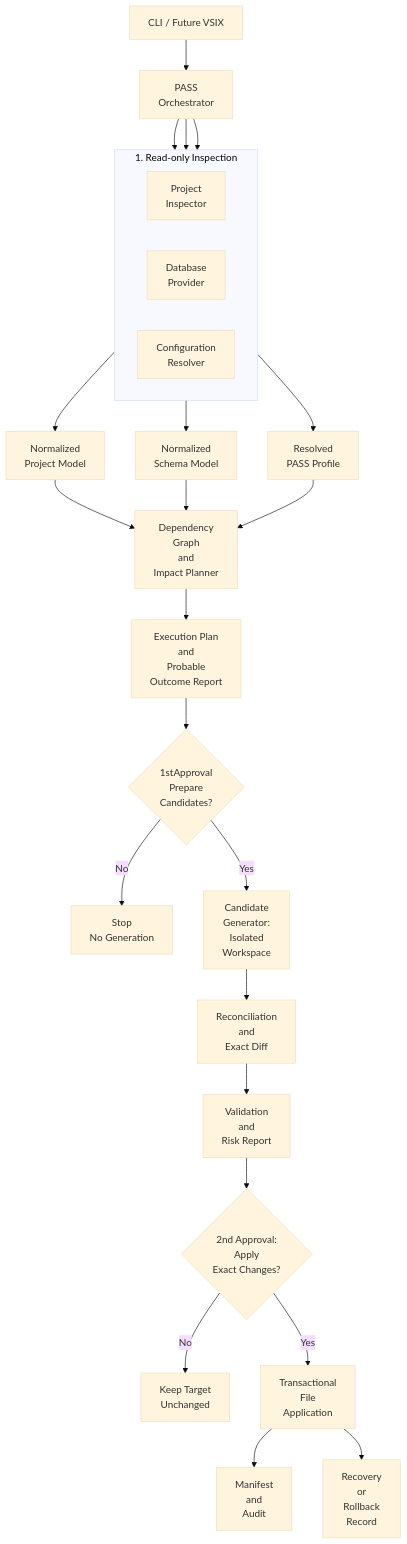
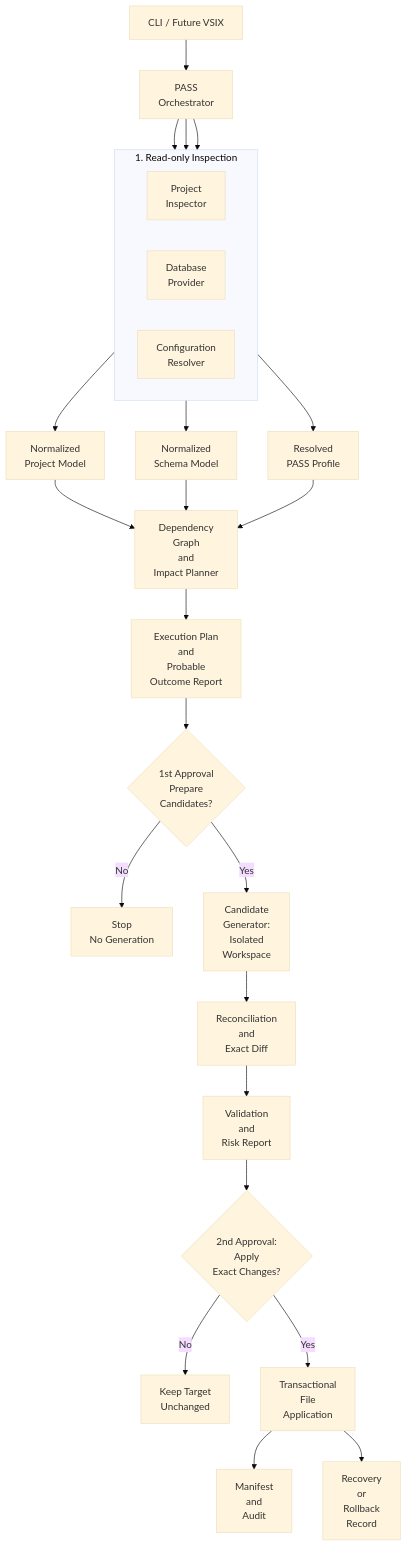
One commit to RashedulHaqueRonjon/PASS-Framework changed the diagram in docs/architecture/SystemArchitecture.md. Above: the diagram before and after it, drawn with Mermaid (base theme). The commit also changed other lines of this file, not shown here.

Commit message:
Enhance System Architecture documentation with glossary reference
Expanded the status section to include a reference to the PASS Glossary and Technical Terminology for better understanding of architectural concepts.

````diff
--- a/docs/architecture/SystemArchitecture.md
+++ b/docs/architecture/SystemArchitecture.md
@@ -26,60 +27,58 @@
 ```mermaid
-
 flowchart TD
     A["CLI / Future VSIX"]
     B["PASS<br/>Orchestrator"]
 
     subgraph INSPECTION["1. Read-only Inspection"]
         direction LR
         C["Project<br/>Inspector"]
         D["Database<br/>Provider"]
         E["Configuration<br/>Resolver"]
     end
 
     F["Normalized<br/>Project Model"]
     G["Normalized<br/>Schema Model"]
     H["Resolved<br/>PASS Profile"]
     I["Dependency<br/>Graph<br/>and<br/>Impact Planner"]
     J["Execution Plan<br/>and<br/>Probable<br/>Outcome Report"]
-K{"1stApproval<br/>Prepare<br/>Candidates?"}
+    K{"1st Approval<br/>Prepare<br/>Candidates?"}
     L["Stop<br/>No Generation"]
     M["Candidate<br/>Generator:<br/>Isolated<br/>Workspace"]
     N["Reconciliation<br/>and<br/>Exact Diff"]
     O["Validation<br/>and<br/>Risk Report"]
     P{"2nd Approval:<br/>Apply<br/>Exact Changes?"}
     Q["Keep Target<br/>Unchanged"]
     R["Transactional<br/>File<br/>Application"]
     S["Manifest<br/>and<br/>Audit"]
-T["Recovery<br/>or<br/>Rollback<br/>Record"]
+    T["Recovery<br/>or<br/>Rollback<br/>Record"]
 
     A --> B
 
     B --> C
     B --> D
     B --> E
 
     C --> F
     D --> G
     E --> H
 
     F --> I
     G --> I
     H --> I
 
     I --> J
     J --> K
 
     K -- No --> L
     K -- Yes --> M
 
     M --> N
     N --> O
     O --> P
 
     P -- No --> Q
     P -- Yes --> R
 
     R --> S
     R --> T
-
 ```
````
